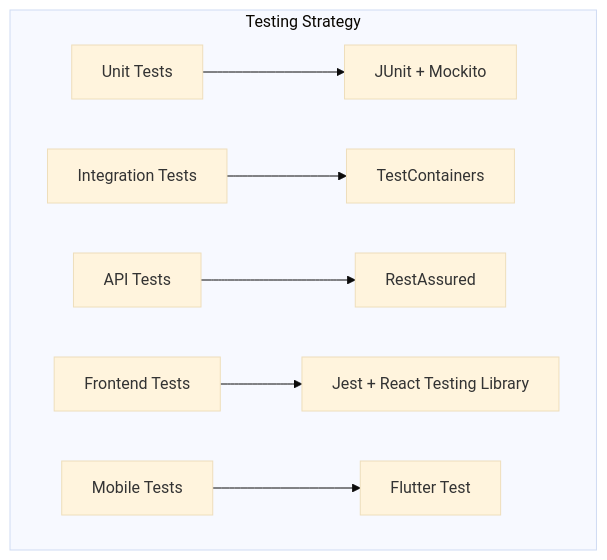
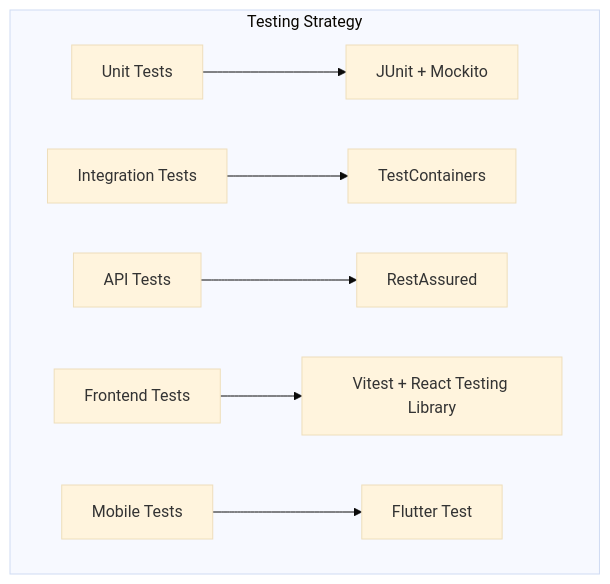
One commit to dut-pbl6-2026/job-platform-docs changed diagram 11 of 19 in docs/plan-2-n-layer-monorepo.md. Above: the diagram before and after it, drawn with Mermaid (base theme). The commit also changed other lines of this file and 1 other file, not shown here.

````diff
--- a/docs/plan-2-n-layer-monorepo.md
+++ b/docs/plan-2-n-layer-monorepo.md
@@ -728,10 +727,10 @@
 ```mermaid
 flowchart TB
     subgraph Testing["Testing Strategy"]
         A[Unit Tests] --> B[JUnit + Mockito]
         C[Integration Tests] --> D[TestContainers]
         E[API Tests] --> F[RestAssured]
-        G[Frontend Tests] --> H[Jest + React Testing Library]
+        G[Frontend Tests] --> H[Vitest + React Testing Library]
         I[Mobile Tests] --> J[Flutter Test]
     end
 ```
````
